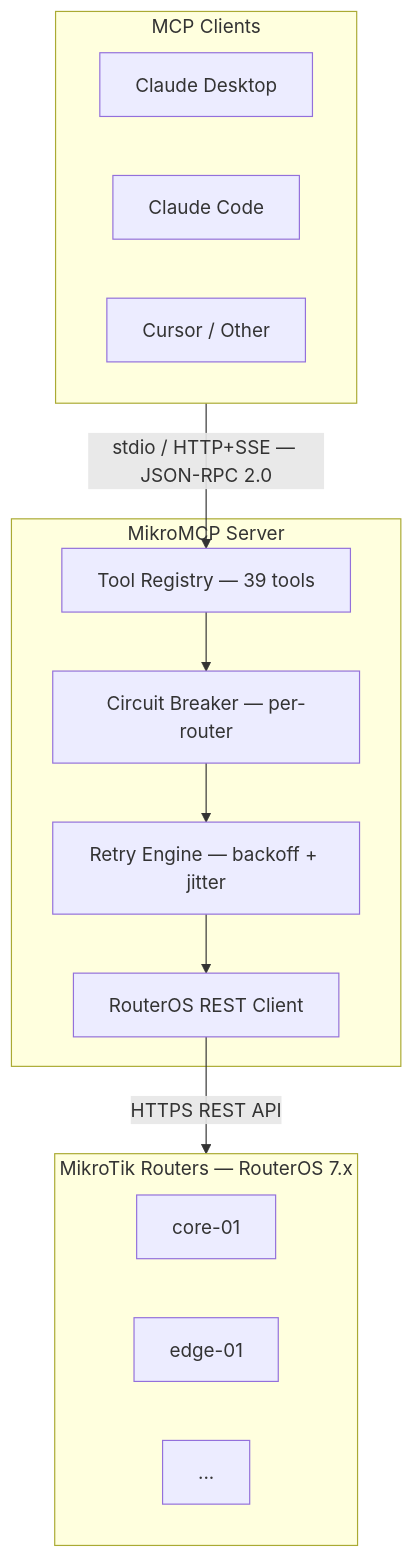
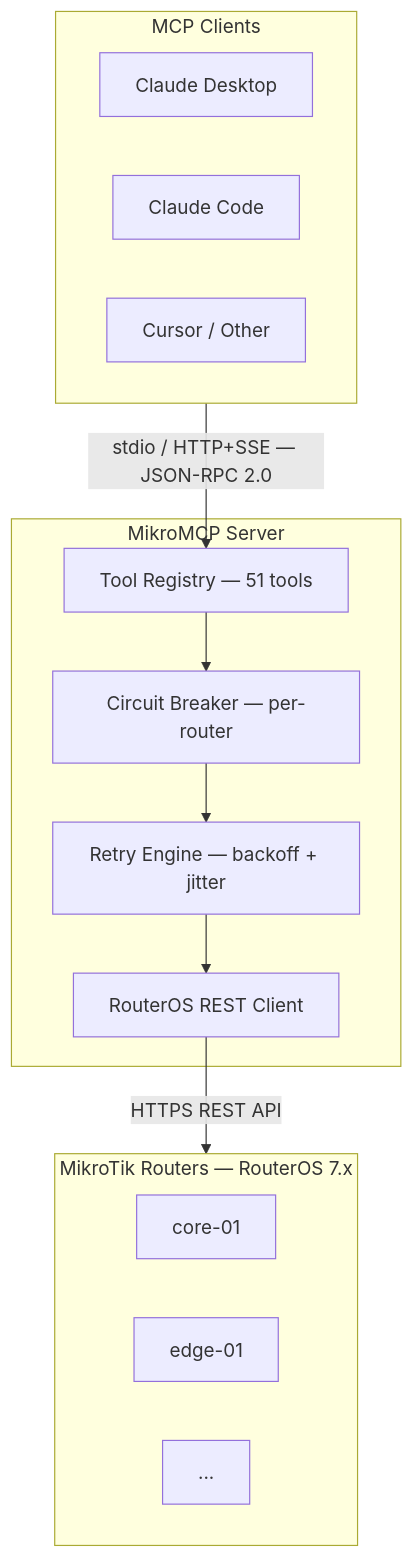
One commit to AliKarami/MikroMCP changed the diagram in README.md. Above: the diagram before and after it, drawn with Mermaid. The commit also changed other lines of this file and 2 other files, not shown here.

First line of the commit message:
docs: v0.6 automation & system management — roadmap, README, FTP permission note

````diff
--- a/README.md
+++ b/README.md
@@ -25,25 +25,25 @@
 ```mermaid
 flowchart TD
     subgraph Clients["MCP Clients"]
         A["Claude Desktop"]
         B["Claude Code"]
         C["Cursor / Other"]
     end
 
     subgraph Server["MikroMCP Server"]
-        REG["Tool Registry — 39 tools"]
+        REG["Tool Registry — 51 tools"]
         CB["Circuit Breaker — per-router"]
         RE["Retry Engine — backoff + jitter"]
         RC["RouterOS REST Client"]
         REG --> CB --> RE --> RC
     end
 
     subgraph Routers["MikroTik Routers — RouterOS 7.x"]
         R1["core-01"]
         R2["edge-01"]
         R3["..."]
     end
 
     Clients -->|"stdio / HTTP+SSE — JSON-RPC 2.0"| REG
     RC -->|"HTTPS REST API"| Routers
 ```
````
